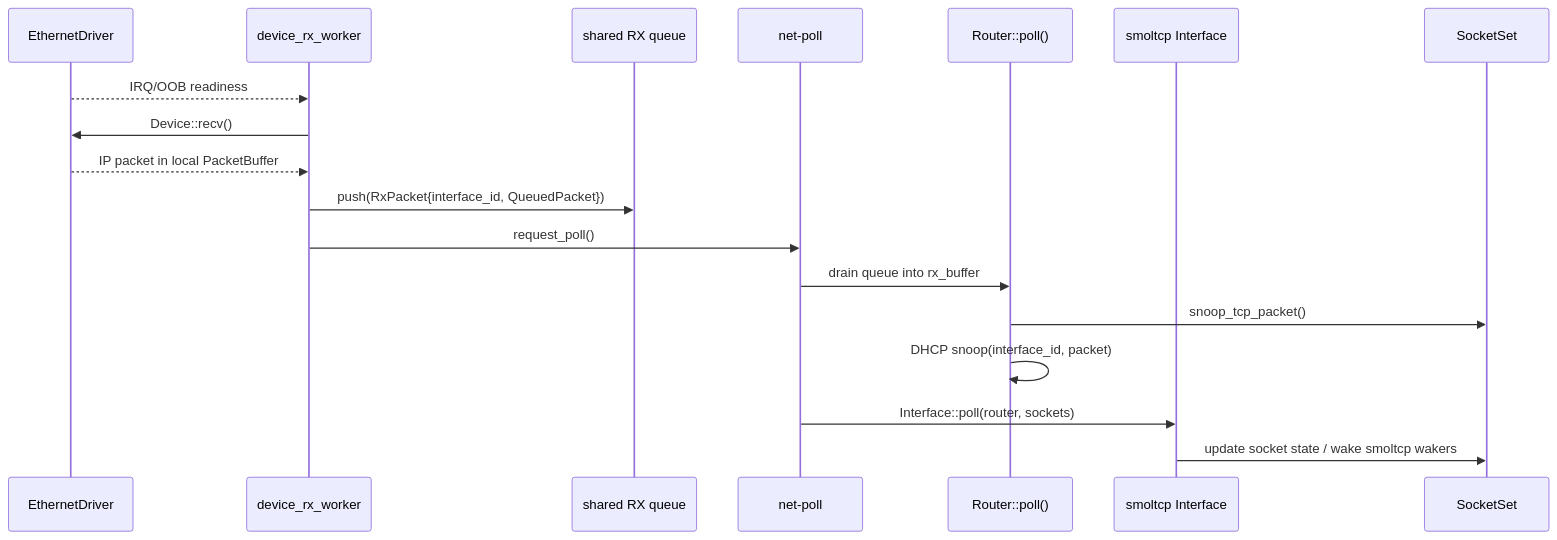
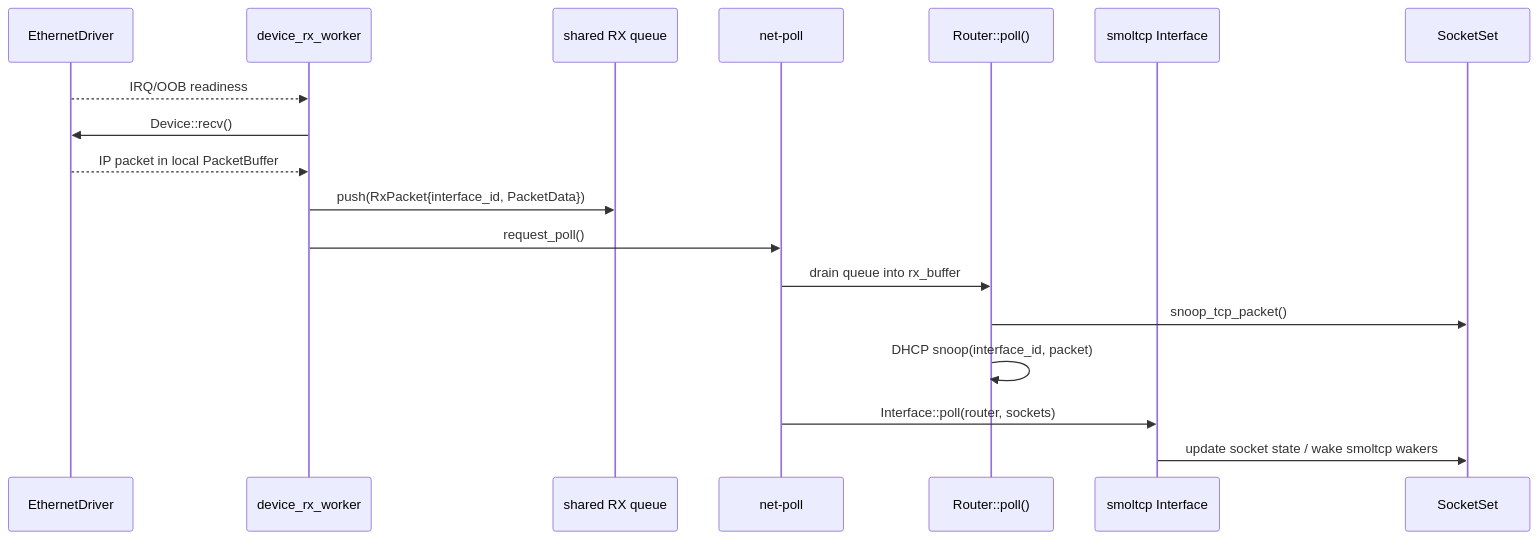
Before and after one commit to rcore-os/tgoskits: the third of 4 diagrams in docs/docs/architecture/net/flows.md, drawn with Mermaid. The commit also changed other lines of this file and 19 other files, not shown here.

````diff
--- a/docs/docs/architecture/net/flows.md
+++ b/docs/docs/architecture/net/flows.md
@@ -219,21 +220,21 @@
 ```mermaid
 sequenceDiagram
     participant Driver as EthernetDriver
     participant RxW as device_rx_worker
     participant Queue as shared RX queue
     participant Poll as net-poll
     participant Router as Router::poll()
     participant Smol as smoltcp Interface
     participant Sock as SocketSet
 
     Driver-->>RxW: IRQ/OOB readiness
     RxW->>Driver: Device::recv()
     Driver-->>RxW: IP packet in local PacketBuffer
-    RxW->>Queue: push(RxPacket{interface_id, QueuedPacket})
+    RxW->>Queue: push(RxPacket{interface_id, PacketData})
     RxW->>Poll: request_poll()
     Poll->>Router: drain queue into rx_buffer
     Router->>Sock: snoop_tcp_packet()
     Router->>Router: DHCP snoop(interface_id, packet)
     Poll->>Smol: Interface::poll(router, sockets)
     Smol->>Sock: update socket state / wake smoltcp wakers
 ```
````
